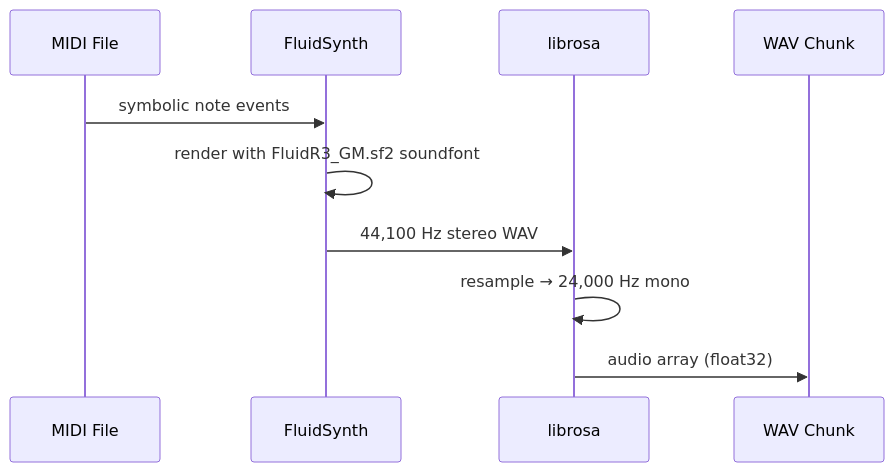
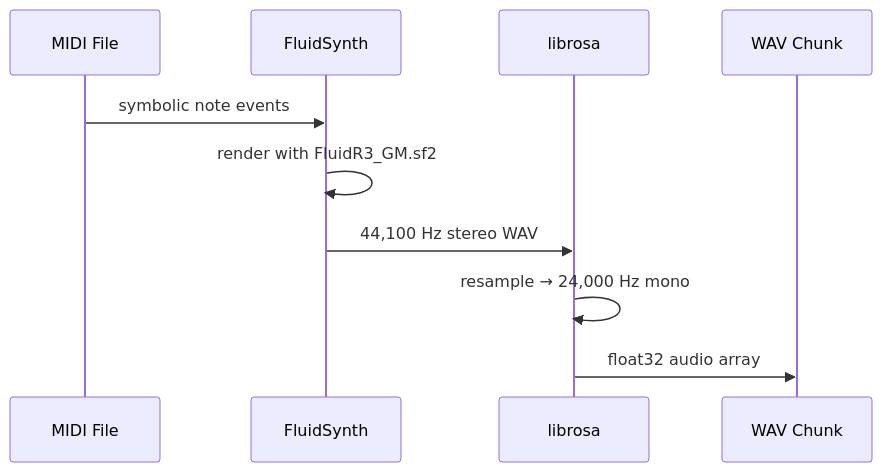
The third of 7 diagrams in website/docs/pipeline.md (mperumal-usd/capstone_team_3), drawn with Mermaid before and after one commit. The commit also changed other lines of this file and 1 other file, not shown here.

````diff
--- a/website/docs/pipeline.md
+++ b/website/docs/pipeline.md
@@ -61,13 +55,13 @@
 ```mermaid
 sequenceDiagram
     participant M as MIDI File
     participant F as FluidSynth
     participant L as librosa
     participant W as WAV Chunk
 
     M->>F: symbolic note events
-    F->>F: render with FluidR3_GM.sf2 soundfont
+    F->>F: render with FluidR3_GM.sf2
     F->>L: 44,100 Hz stereo WAV
     L->>L: resample → 24,000 Hz mono
-    L->>W: audio array (float32)
+    L->>W: float32 audio array
 ```
````
